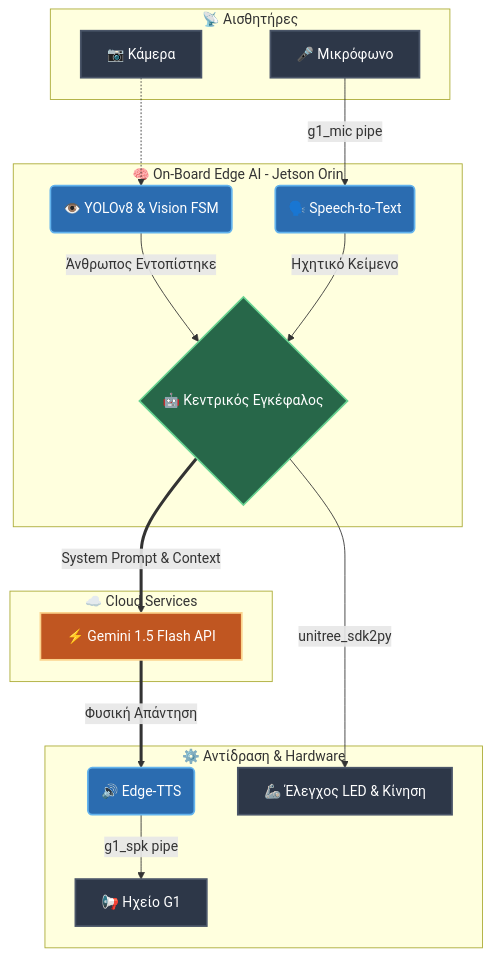
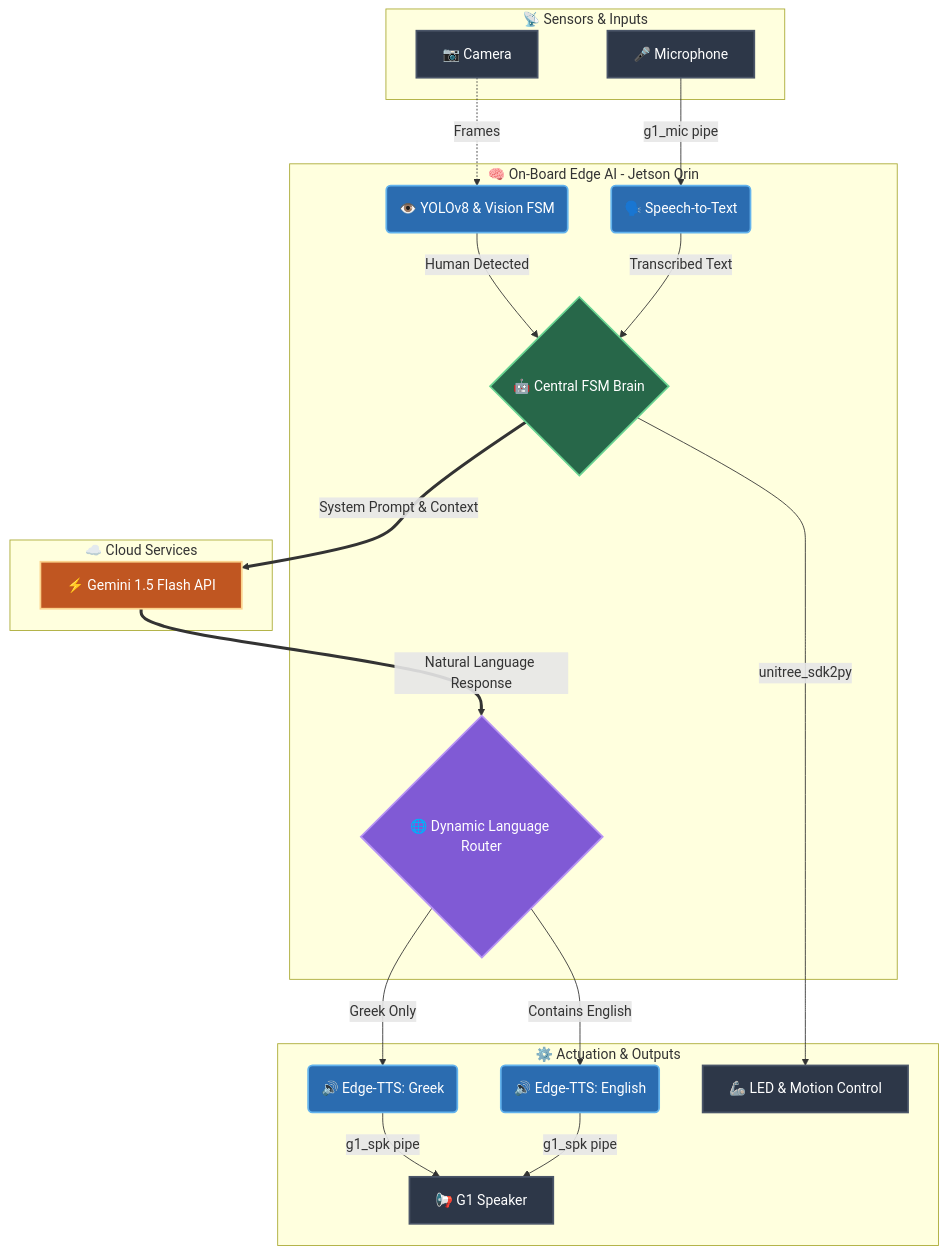
One commit to GeoZach08/UnitreeG1-Autonomous-Edge-AI-Voice-Interaction-for-Unitree-G1 changed the diagram in README.md. Above: the diagram before and after it, drawn with Mermaid. The commit also changed other lines of this file, not shown here.

````diff
--- a/README.md
+++ b/README.md
@@ -7,42 +7,49 @@
 ```mermaid
 graph TD
-    %% Ορισμός Στυλ (Χρώματα συμβατά με GitHub Dark/Light mode)
+    %% Styling customized for GitHub Dark/Light themes
     classDef hardware fill:#2d3748,stroke:#4a5568,stroke-width:2px,color:#fff;
     classDef software fill:#2b6cb0,stroke:#63b3ed,stroke-width:2px,color:#fff;
     classDef brain fill:#276749,stroke:#68d391,stroke-width:2px,color:#fff;
     classDef cloud fill:#c05621,stroke:#fbd38d,stroke-width:2px,color:#fff;
+    classDef decision fill:#805ad5,stroke:#b794f4,stroke-width:2px,color:#fff;
 
-    subgraph Inputs [📡 Αισθητήρες]
-        Cam[📷 Κάμερα]:::hardware
-        Mic[🎤 Μικρόφωνο]:::hardware
+    subgraph Inputs [📡 Sensors & Inputs]
+        Cam[📷 Camera]:::hardware
+        Mic[🎤 Microphone]:::hardware
     end
 
     subgraph EdgeAI [🧠 On-Board Edge AI - Jetson Orin]
         VFSM(👁️ YOLOv8 & Vision FSM):::software
         STT(🗣️ Speech-to-Text):::software
-        Brain{🤖 Κεντρικός Εγκέφαλος}:::brain
+        Brain{🤖 Central FSM Brain}:::brain
+        LangCheck{🌐 Dynamic Language Router}:::decision
     end
 
     subgraph Cloud [☁️ Cloud Services]
         LLM[⚡ Gemini 1.5 Flash API]:::cloud
     end
 
-    subgraph Hardware [⚙️ Αντίδραση & Hardware]
-        TTS(🔊 Edge-TTS):::software
-        Spk[📢 Ηχείο G1]:::hardware
-        Ctrl[🦾 Έλεγχος LED & Κίνηση]:::hardware
+    subgraph Hardware [⚙️ Actuation & Outputs]
+        TTS_GR(🔊 Edge-TTS: Greek):::software
+        TTS_EN(🔊 Edge-TTS: English):::software
+        Spk[📢 G1 Speaker]:::hardware
+        Ctrl[🦾 LED & Motion Control]:::hardware
     end
 
-    %% Ροή Δεδομένων (Δηλώνονται στο τέλος για τέλεια στοίχιση)
-    Cam -.-> VFSM
+    %% Data Flow
+    Cam -.->|Frames| VFSM
     Mic -->|g1_mic pipe| STT
 
-    VFSM -->|Άνθρωπος Εντοπίστηκε| Brain
-    STT -->|Ηχητικό Κείμενο| Brain
+    VFSM -->|Human Detected| Brain
+    STT -->|Transcribed Text| Brain
 
     Brain ==>|System Prompt & Context| LLM
     Brain -->|unitree_sdk2py| Ctrl
 
-    LLM ==>|Φυσική Απάντηση| TTS
-    TTS -->|g1_spk pipe| Spk
+    LLM ==>|Natural Language Response| LangCheck
+    LangCheck -->|Contains English| TTS_EN
+    LangCheck -->|Greek Only| TTS_GR
+    
+    TTS_GR -->|g1_spk pipe| Spk
+    TTS_EN -->|g1_spk pipe| Spk
 ```
````
